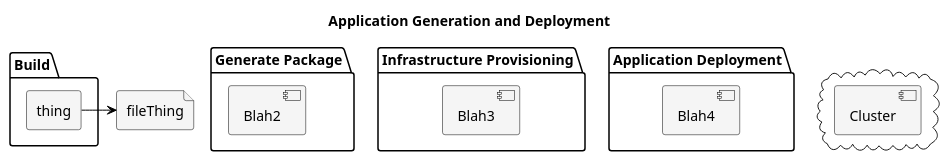
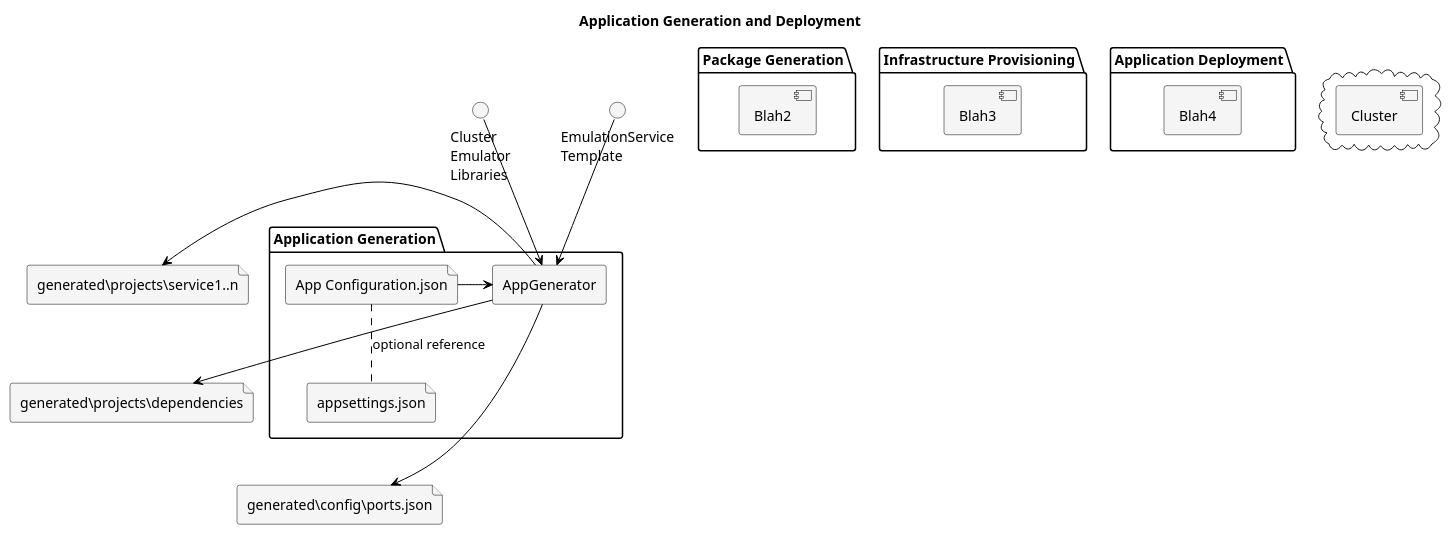
One commit to K-Cully/performance-of-microservices changed the diagram in plantuml_diagrams/FlowDiagram_BuildAndDeploy.wsd. Above: the diagram before and after it, drawn with PlantUML.

Commit message:
Add App generation

```diff
--- a/plantuml_diagrams/FlowDiagram_BuildAndDeploy.wsd
+++ b/plantuml_diagrams/FlowDiagram_BuildAndDeploy.wsd
@@ -1,54 +1,72 @@
 @startuml
 
 title Application Generation and Deployment
 
 
 skinparam component {
   FontName Arial
   BorderColor black
   BackgroundColor whitesmoke
   ArrowColor black
 }
 
 skinparam interface {
   BorderColor black
   BackgroundColor whitesmoke
 }
 
 skinparam file {
   BorderColor black
   BackgroundColor whitesmoke
 }
 
 skinparam agent {
   BorderColor black
   BackgroundColor whitesmoke
 }
 
 
-file fileThing
+file "generated\config\ports.json" as ports
+file "generated\projects\dependencies" as libraries
+file "generated\projects\service1..n" as projects
 
-package "Build" {
-    agent thing
+projects -[hidden]-> libraries
+libraries -[hidden]-> ports
 
-    thing -> fileThing
+package "Application Generation" {
+    agent AppGenerator
+
+    file "appsettings.json" as appSettings
+    file "App Configuration.json" as appConfig
+
+    appConfig .. appSettings : optional reference
+    appConfig -> AppGenerator
+
+    AppGenerator -> projects
+    AppGenerator -> libraries
+    AppGenerator -> ports
 }
 
-package "Generate Package" {
+interface "Cluster\nEmulator\nLibraries" as ClusterLibraries
+interface "EmulationService\nTemplate" as ServiceTemplate
+ServiceTemplate --> AppGenerator
+ClusterLibraries --> AppGenerator
+
+package "Package Generation" {
     [Blah2]
 }
 
 package "Infrastructure Provisioning" {
     [Blah3]
 }
 
 package "Application Deployment" {
     [Blah4]
 }
 
 cloud {
     [Cluster]
 }
 
 
 @enduml
```
